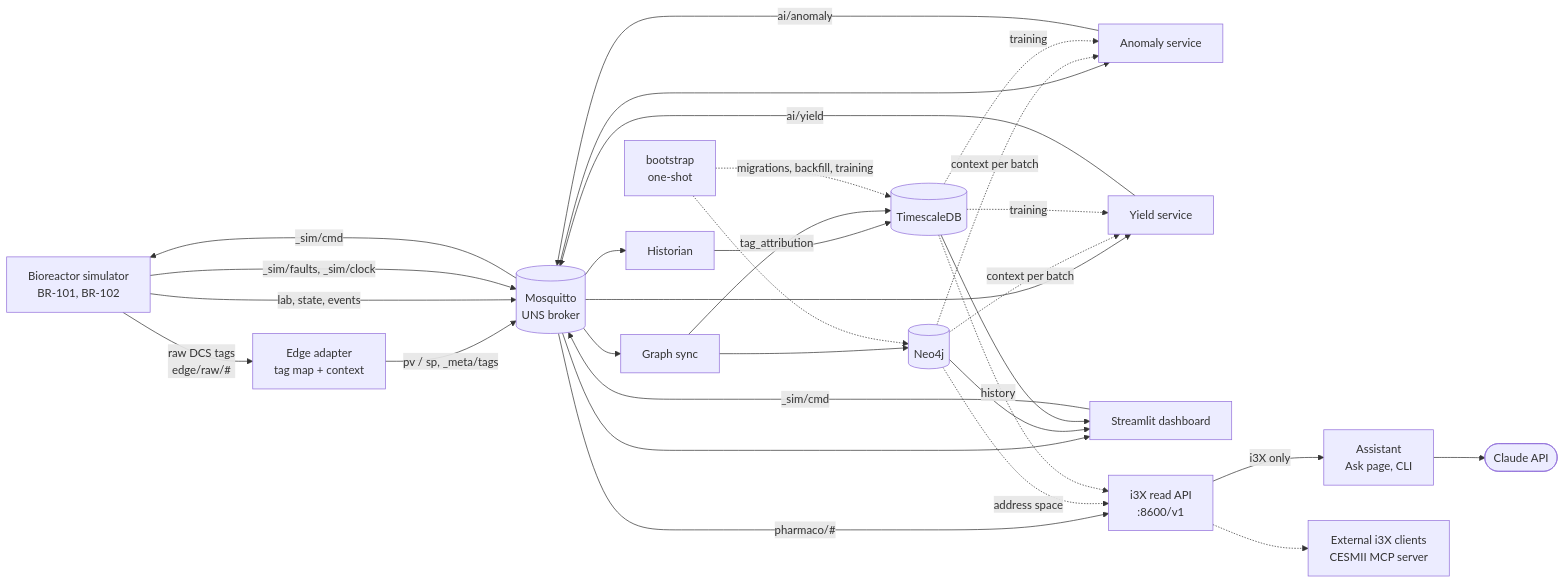
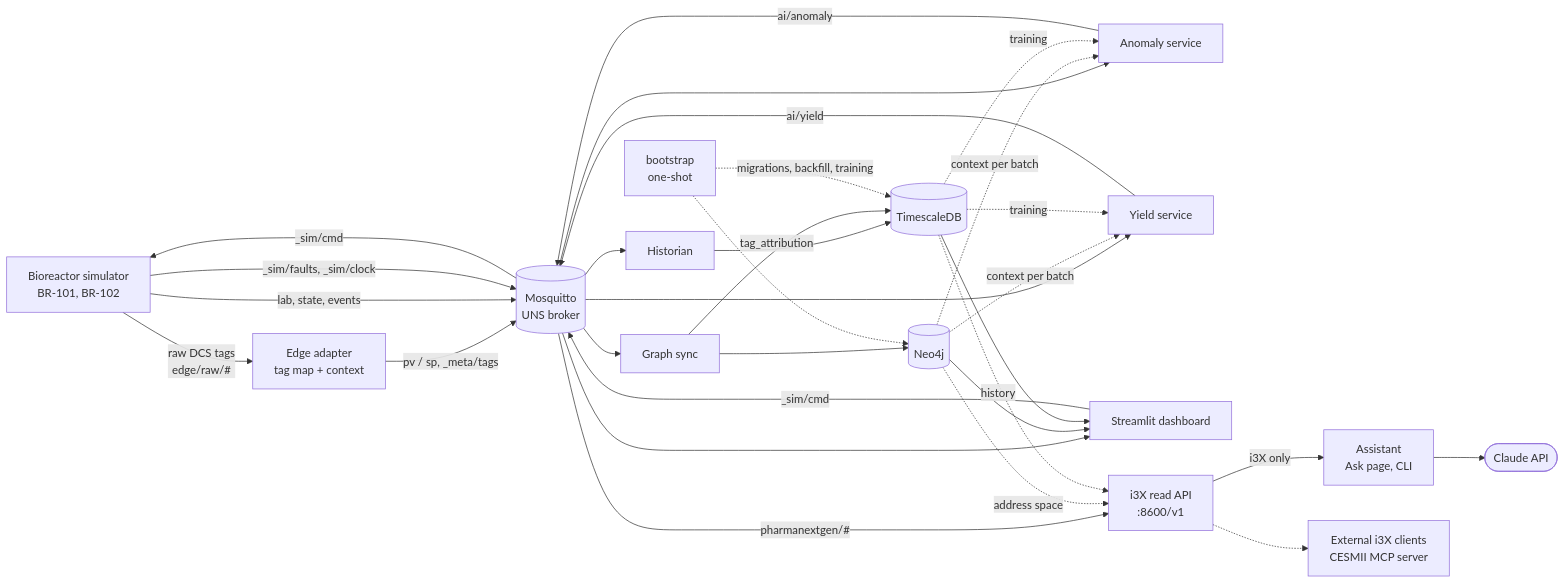
One commit to ramu-erode/pharma-4 changed the first of 2 diagrams in docs/architecture.md. Above: the diagram before and after it, drawn with Mermaid. The commit also changed other lines of this file and 110 other files, not shown here.

````diff
--- a/docs/architecture.md
+++ b/docs/architecture.md
@@ -38,33 +39,33 @@
 ```mermaid
 flowchart LR
   SIM[Bioreactor simulator<br/>BR-101, BR-102] -->|raw DCS tags<br/>edge/raw/#| EA[Edge adapter<br/>tag map + context]
   EA -->|pv / sp, _meta/tags| MQ[(Mosquitto<br/>UNS broker)]
   SIM -->|lab, state, events| MQ
   SIM -->|_sim/faults, _sim/clock| MQ
   MQ -->|_sim/cmd| SIM
   MQ --> HIST[Historian]
   MQ --> GS[Graph sync]
   MQ --> AD[Anomaly service]
   MQ --> YO[Yield service]
   HIST --> TS[(TimescaleDB)]
   GS --> NEO[(Neo4j)]
   GS -->|tag_attribution| TS
   AD -->|ai/anomaly| MQ
   YO -->|ai/yield| MQ
   NEO -. context per batch .-> AD
   NEO -. context per batch .-> YO
   TS -. training .-> AD
   TS -. training .-> YO
   MQ --> UI[Streamlit dashboard]
   UI -->|_sim/cmd| MQ
   NEO --> UI
   TS --> UI
-  MQ -->|pharmaco/#| I3X[i3X read API<br/>:8600/v1]
+  MQ -->|pharmanextgen/#| I3X[i3X read API<br/>:8600/v1]
   NEO -. address space .-> I3X
   TS -. history .-> I3X
   I3X -->|i3X only| ASK[Assistant<br/>Ask page, CLI]
   ASK --> CLAUDE([Claude API])
   I3X -.-> EXT[External i3X clients<br/>CESMII MCP server]
   BOOT[bootstrap<br/>one-shot] -. migrations, backfill, training .-> TS
   BOOT -.-> NEO
 ```
````
